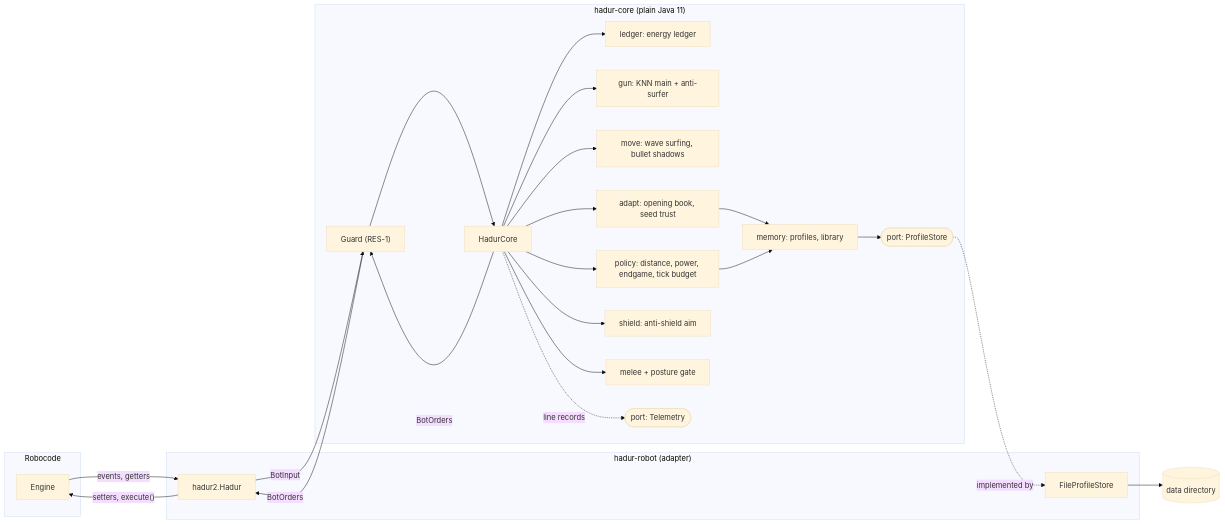
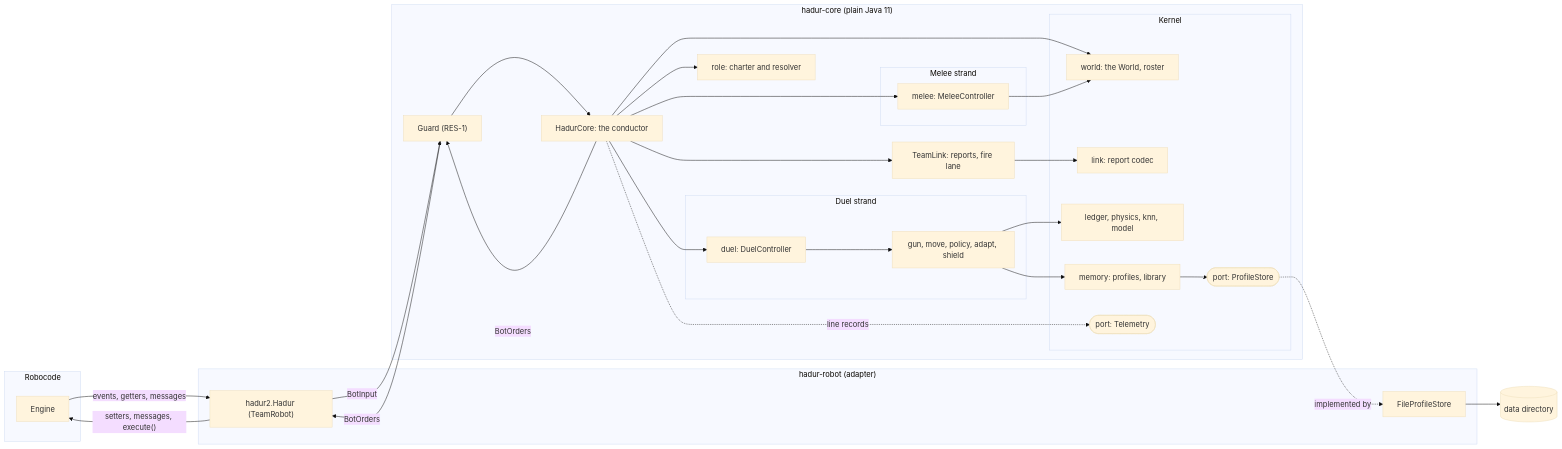
Before and after one commit to lgriffin/Hadur_Robot: the first of 4 diagrams in README.md, drawn with Mermaid (base theme). The commit also changed other lines of this file and 8 other files, not shown here.

````diff
--- a/README.md
+++ b/README.md
@@ -144,34 +151,45 @@
 ```mermaid
 graph LR
     subgraph Robocode
         E[Engine]
     end
     subgraph "hadur-robot (adapter)"
-        A["hadur2.Hadur"]
+        A["hadur2.Hadur (TeamRobot)"]
         FS["FileProfileStore"]
     end
     subgraph "hadur-core (plain Java 11)"
         G["Guard (RES-1)"]
-        C[HadurCore]
-        L["ledger: energy ledger"]
-        GUN["gun: KNN main + anti-surfer"]
-        MV["move: wave surfing, bullet shadows"]
-        PO["policy: distance, power, endgame, tick budget"]
-        AD["adapt: opening book, seed trust"]
-        SH["shield: anti-shield aim"]
-        ML["melee + posture gate"]
-        MEM["memory: profiles, library"]
-        PS(["port: ProfileStore"])
-        T(["port: Telemetry"])
+        C["HadurCore: the conductor"]
+        R["role: charter and resolver"]
+        TL["TeamLink: reports, fire lane"]
+        subgraph "Duel strand"
+            DU["duel: DuelController"]
+            DS["gun, move, policy, adapt, shield"]
+        end
+        subgraph "Melee strand"
+            ML["melee: MeleeController"]
+        end
+        subgraph Kernel
+            W["world: the World, roster"]
+            LK["link: report codec"]
+            L["ledger, physics, knn, model"]
+            MEM["memory: profiles, library"]
+            PS(["port: ProfileStore"])
+            T(["port: Telemetry"])
+        end
     end
     D[("data directory")]
-    E -- "events, getters" --> A
+    E -- "events, getters, messages" --> A
     A -- BotInput --> G --> C
-    C --> L & GUN & MV & PO & AD & SH & ML
-    AD & PO --> MEM
+    C --> R
+    C --> TL --> LK
+    C --> W
+    C --> DU --> DS
+    C --> ML --> W
+    DS --> L & MEM
     MEM --> PS
     C -- BotOrders --> G -- BotOrders --> A
-    A -- "setters, execute()" --> E
+    A -- "setters, messages, execute()" --> E
     PS -. implemented by .-> FS --> D
     C -. "line records" .-> T
 ```
````
